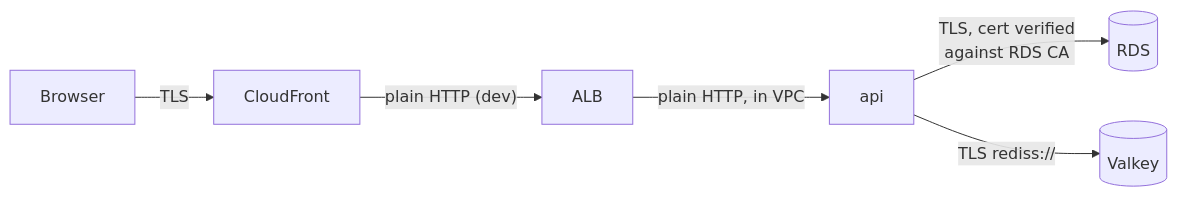
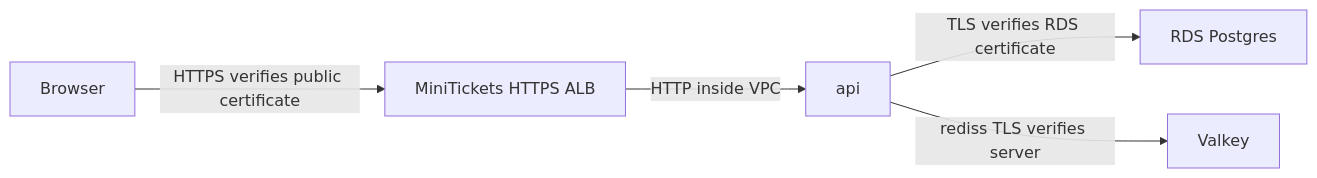
One commit to maheshnd/minitickets changed the diagram in docs/handbook/concepts/tls-in-transit.md. Above: the diagram before and after it, drawn with Mermaid. The commit also changed other lines of this file and 119 other files, not shown here.

````diff
--- a/docs/handbook/concepts/tls-in-transit.md
+++ b/docs/handbook/concepts/tls-in-transit.md
@@ -19,8 +18,7 @@
 ```mermaid
 flowchart LR
-    b["Browser"] -->|"TLS"| cf["CloudFront"]
-    cf -->|"plain HTTP (dev)"| alb["ALB"]
-    alb -->|"plain HTTP, in VPC"| api["api"]
-    api -->|"TLS, cert verified<br/>against RDS CA"| db[("RDS")]
-    api -->|"TLS rediss://"| vk[("Valkey")]
+    browser["Browser"] -->|"HTTPS verifies public certificate"| alb["MiniTickets HTTPS ALB"]
+    alb -->|"HTTP inside VPC"| api["api"]
+    api -->|"TLS verifies RDS certificate"| pg["RDS Postgres"]
+    api -->|"rediss TLS verifies server"| cache["Valkey"]
 ```
````
